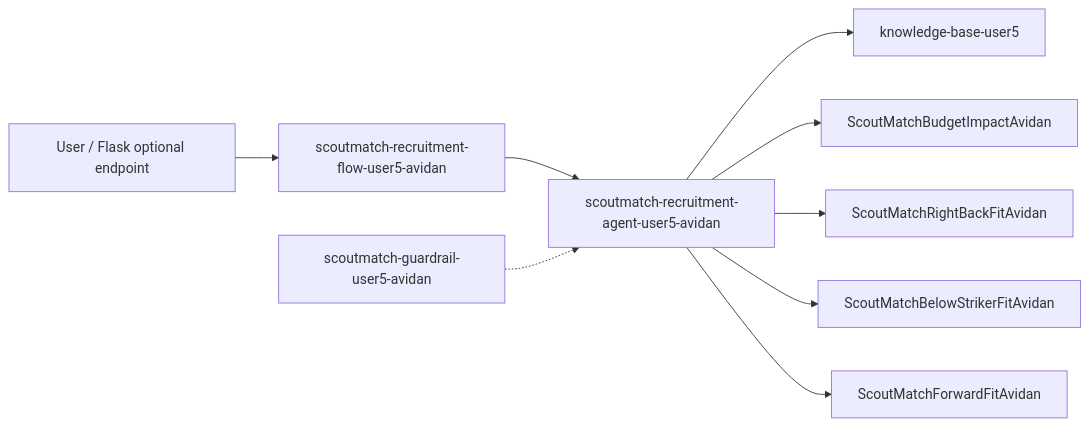
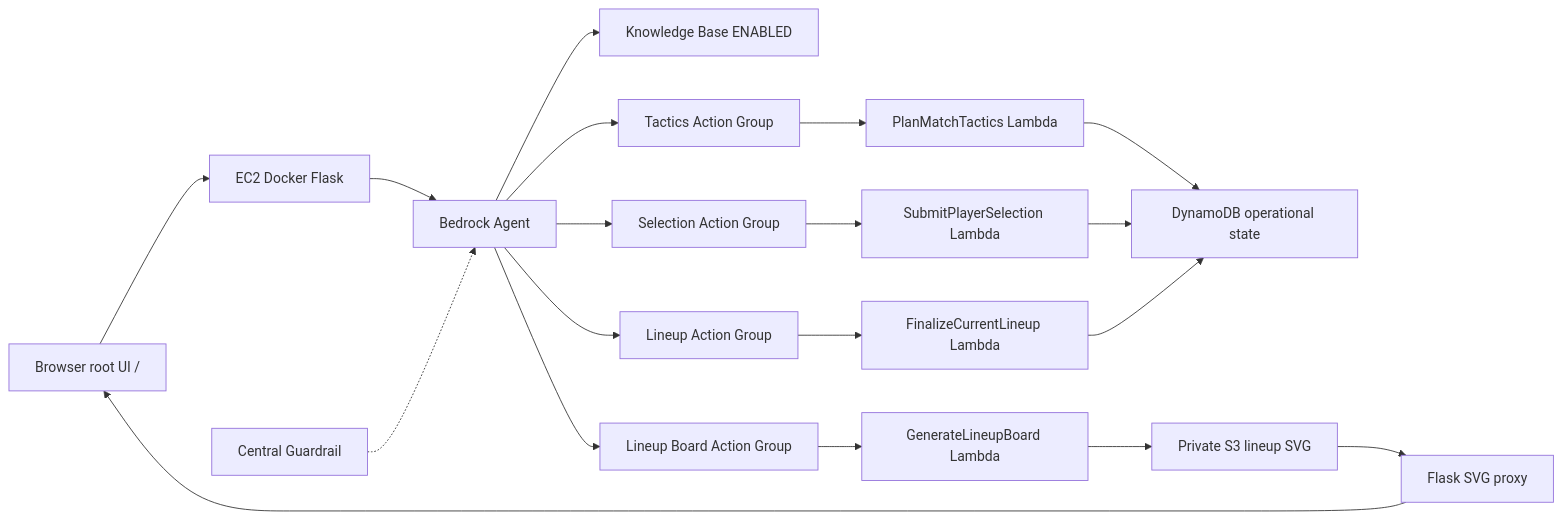
One commit to avidanmandel/rag-docker-project changed the diagram in infra/scoutmatch_agent_extension/architecture.md. Above: the diagram before and after it, drawn with Mermaid. The commit also changed other lines of this file and 16 other files, not shown here.

````diff
--- a/infra/scoutmatch_agent_extension/architecture.md
+++ b/infra/scoutmatch_agent_extension/architecture.md
@@ -3,21 +9,27 @@
 ```mermaid
 flowchart LR
-  User[User / Flask optional endpoint]
-  Flow[scoutmatch-recruitment-flow-user5-avidan]
-  Agent[scoutmatch-recruitment-agent-user5-avidan]
-  GR[scoutmatch-guardrail-user5-avidan]
-  KB[knowledge-base-user5]
-  L1[ScoutMatchBudgetImpactAvidan]
-  L2[ScoutMatchRightBackFitAvidan]
-  L3[ScoutMatchBelowStrikerFitAvidan]
-  L4[ScoutMatchForwardFitAvidan]
+  Browser[Browser root UI /]
+  EC2[EC2 Docker Flask]
+  Agent[Bedrock Agent]
+  GR[Central Guardrail]
+  KB[Knowledge Base ENABLED]
+  G1[Tactics Action Group]
+  G2[Selection Action Group]
+  G3[Lineup Action Group]
+  G4[Lineup Board Action Group]
+  L1[PlanMatchTactics Lambda]
+  L2[SubmitPlayerSelection Lambda]
+  L3[FinalizeCurrentLineup Lambda]
+  L4[GenerateLineupBoard Lambda]
+  DDB[DynamoDB operational state]
+  S3[Private S3 lineup SVG]
+  Proxy[Flask SVG proxy]
 
-  User --> Flow
-  Flow --> Agent
+  Browser --> EC2 --> Agent
   GR -.-> Agent
   Agent --> KB
-  Agent --> L1
-  Agent --> L2
-  Agent --> L3
-  Agent --> L4
+  Agent --> G1 --> L1 --> DDB
+  Agent --> G2 --> L2 --> DDB
+  Agent --> G3 --> L3 --> DDB
+  Agent --> G4 --> L4 --> S3 --> Proxy --> Browser
 ```
````
